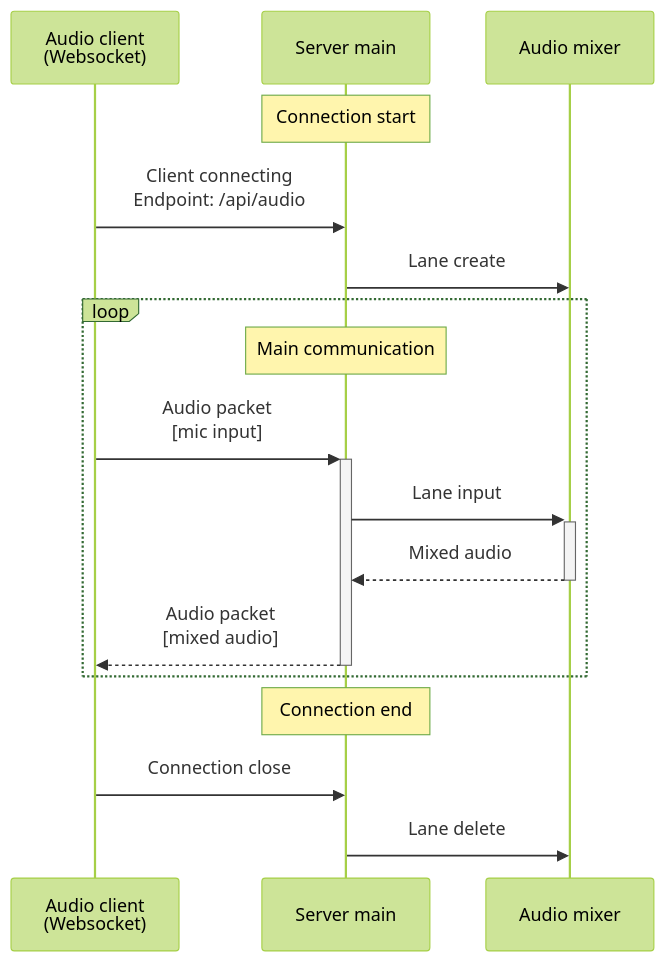
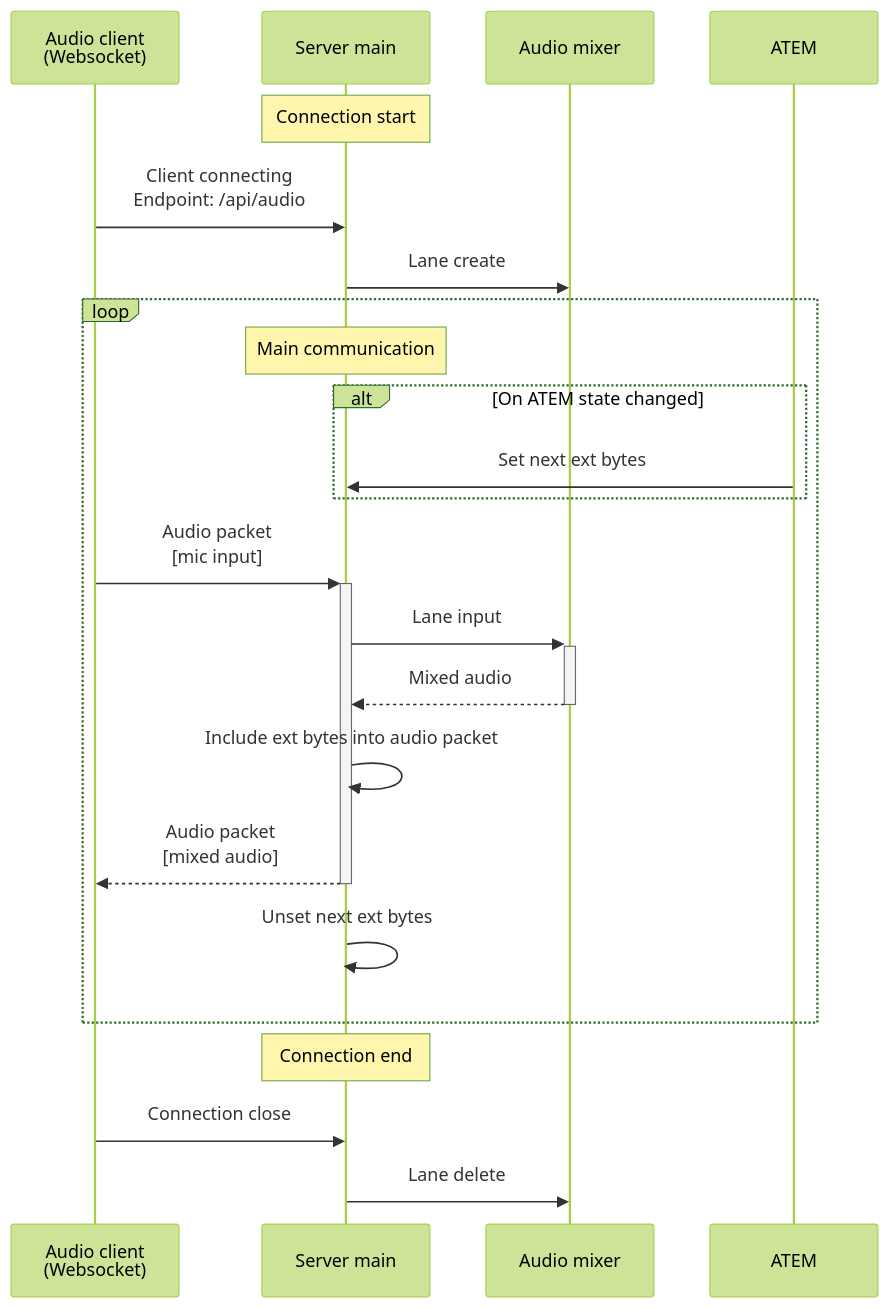
One commit to aKuad/web-intercom changed the first of 2 diagrams in designs/server-sequence.md. Above: the diagram before and after it, drawn with Mermaid (forest theme). The commit also changed 1 other file, not shown here.

Commit message:
Add: Sequense diagram for ATEM tally system data on audio packet ext bytes

````diff
--- a/designs/server-sequence.md
+++ b/designs/server-sequence.md
@@ -5,22 +5,28 @@
 ```mermaid
 sequenceDiagram
   participant WSA as Audio client<br>(Websocket)
   participant S as Server main
   participant AM as Audio mixer
+  participant ATEM
 
   Note over S: Connection start
   WSA->>S: Client connecting<br>Endpoint: /api/audio
   S->>AM: Lane create
 
   loop
     Note over S: Main communication
+    alt On ATEM state changed
+      ATEM->>S: Set next ext bytes
+    end
     WSA->>+S: Audio packet<br>[mic input]
     S->>+AM: Lane input
     AM-->>-S: Mixed audio
+    S->>S: Include ext bytes into audio packet
     S-->>-WSA: Audio packet<br>[mixed audio]
+    S->>S: Unset next ext bytes
   end
 
   Note over S: Connection end
   WSA->>S: Connection close
   S->>AM: Lane delete
 ```
````
